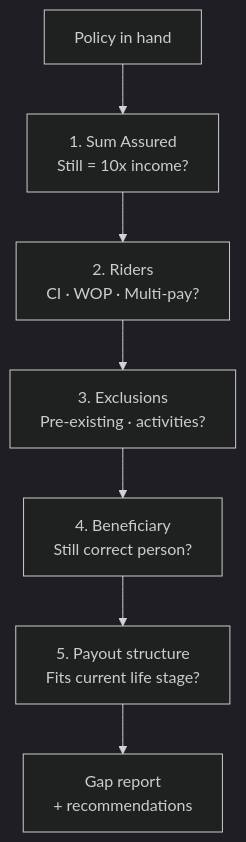
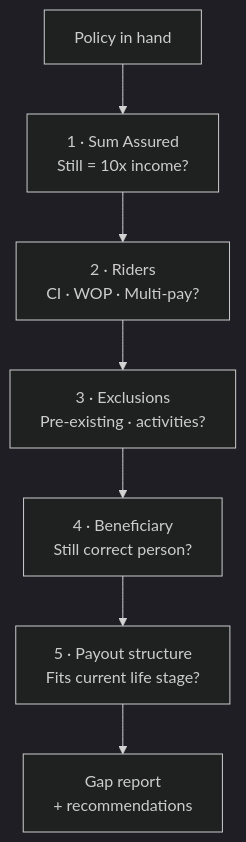
One commit to leotansingapore/aia-product-compass-hub changed the diagram in docs/first-60-days/week-10/day-58.md. Above: the diagram before and after it, drawn with Mermaid (dark theme). The commit also changed 7 other files, not shown here.

Commit message:
Mermaid diagrams on days 6, 37, 45, 51, 54, 58, 59, 60 now render — numeric list prefixes and dense calendar labels were triggering strict-mode rejections

````diff
--- a/docs/first-60-days/week-10/day-58.md
+++ b/docs/first-60-days/week-10/day-58.md
@@ -64,10 +64,10 @@
 ```mermaid
 flowchart TD
     A["Policy in hand"]
-    A --> B["1. Sum Assured<br/>Still = 10x income?"]
-    B --> C["2. Riders<br/>CI · WOP · Multi-pay?"]
-    C --> D["3. Exclusions<br/>Pre-existing · activities?"]
-    D --> E["4. Beneficiary<br/>Still correct person?"]
-    E --> F["5. Payout structure<br/>Fits current life stage?"]
+    A --> B["1 · Sum Assured<br/>Still = 10x income?"]
+    B --> C["2 · Riders<br/>CI · WOP · Multi-pay?"]
+    C --> D["3 · Exclusions<br/>Pre-existing · activities?"]
+    D --> E["4 · Beneficiary<br/>Still correct person?"]
+    E --> F["5 · Payout structure<br/>Fits current life stage?"]
     F --> G["Gap report<br/>+ recommendations"]
 ```
````
